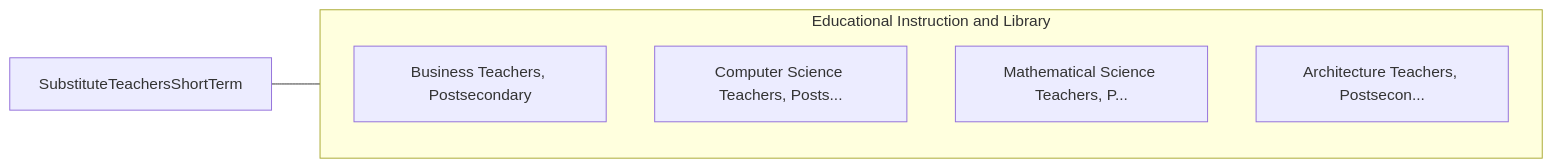
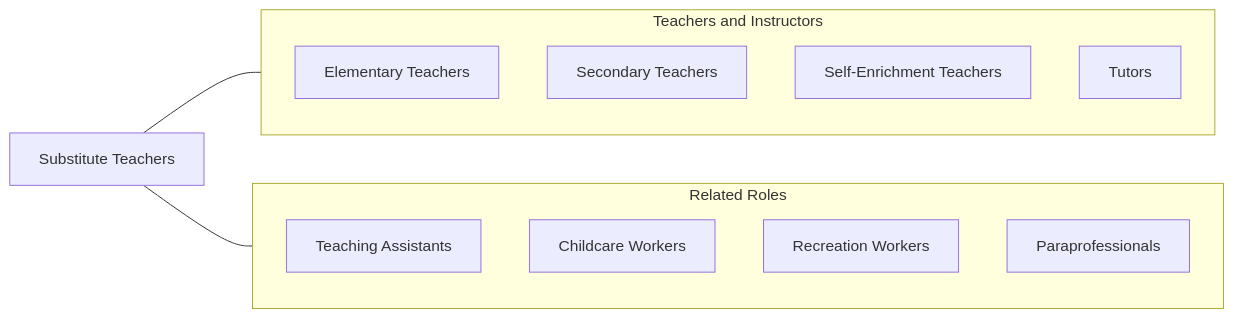
One commit to kziemski/business.org.ai changed the fourth of 4 diagrams in occupations/Education/SubstituteTeachersShortTerm.mdx. Above: the diagram before and after it, drawn with Mermaid. The commit also changed other lines of this file and 938 other files, not shown here.

````diff
--- a/occupations/Education/SubstituteTeachersShortTerm.mdx
+++ b/occupations/Education/SubstituteTeachersShortTerm.mdx
@@ -101,13 +167,21 @@
 ```mermaid
 graph LR
-    Current["SubstituteTeachersShortTerm"]
+    Current["Substitute Teachers"]
 
-    subgraph SameCategory["Educational Instruction and Library"]
-        BusinessTeachersPost["Business Teachers, Postsecondary"]
-        ComputerScienceTeach["Computer Science Teachers, Posts..."]
-        MathematicalScienceT["Mathematical Science Teachers, P..."]
-        ArchitectureTeachers["Architecture Teachers, Postsecon..."]
+    subgraph SameCategory["Teachers and Instructors"]
+        Elementary["Elementary Teachers"]
+        Secondary["Secondary Teachers"]
+        SelfEnrich["Self-Enrichment Teachers"]
+        Tutors["Tutors"]
+    end
+
+    subgraph CrossFunctional["Related Roles"]
+        TA["Teaching Assistants"]
+        Childcare["Childcare Workers"]
+        CampCounselors["Recreation Workers"]
+        Paras["Paraprofessionals"]
     end
 
     Current --- SameCategory
+    Current --- CrossFunctional
 ```
````
